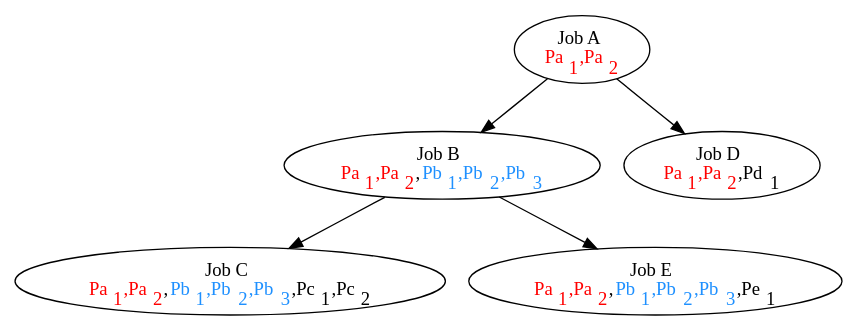
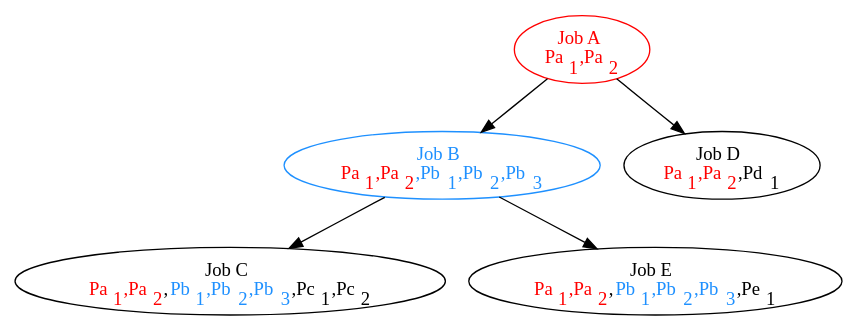
The third of 3 diagrams in docs/creating_pipelines/parameters.rst (Ensembl/ensembl-hive), drawn with Graphviz before and after one commit. The commit also changed other lines of this file, not shown here.

```diff
--- a/docs/creating_pipelines/parameters.rst
+++ b/docs/creating_pipelines/parameters.rst
@@ -270,13 +270,13 @@
 .. graphviz::
 
    digraph {
       A -> B;
       A -> D;
       B -> C;
       B -> E;
-      A [label=<Job A<br/><font color='red'>Pa<sub>1</sub>,Pa<sub>2</sub></font>>]
-      B [label=<Job B<br/><font color='red'>Pa<sub>1</sub>,Pa<sub>2</sub></font>,<font color='DodgerBlue'>Pb<sub>1</sub>,Pb<sub>2</sub>,Pb<sub>3</sub></font>>]
-      C [label=<Job C<br/><font color='red'>Pa<sub>1</sub>,Pa<sub>2</sub></font>,<font color='DodgerBlue'>Pb<sub>1</sub>,Pb<sub>2</sub>,Pb<sub>3</sub></font>,Pc<sub>1</sub>,Pc<sub>2</sub>>]
-      D [label=<Job D<br/><font color='red'>Pa<sub>1</sub>,Pa<sub>2</sub></font>,Pd<sub>1</sub>>]
-      E [label=<Job E<br/><font color='red'>Pa<sub>1</sub>,Pa<sub>2</sub></font>,<font color='DodgerBlue'>Pb<sub>1</sub>,Pb<sub>2</sub>,Pb<sub>3</sub></font>,Pe<sub>1</sub>>]
+      A [color="red", label=<<font color='red'>Job A<br/>Pa<sub>1</sub>,Pa<sub>2</sub></font>>];
+      B [color="DodgerBlue", label=<<font color='DodgerBlue'>Job B<br/><font color='red'>Pa<sub>1</sub>,Pa<sub>2</sub></font>,Pb<sub>1</sub>,Pb<sub>2</sub>,Pb<sub>3</sub></font>>];
+      C [label=<Job C<br/><font color='red'>Pa<sub>1</sub>,Pa<sub>2</sub></font>,<font color='DodgerBlue'>Pb<sub>1</sub>,Pb<sub>2</sub>,Pb<sub>3</sub></font>,Pc<sub>1</sub>,Pc<sub>2</sub>>];
+      D [label=<Job D<br/><font color='red'>Pa<sub>1</sub>,Pa<sub>2</sub></font>,Pd<sub>1</sub>>];
+      E [label=<Job E<br/><font color='red'>Pa<sub>1</sub>,Pa<sub>2</sub></font>,<font color='DodgerBlue'>Pb<sub>1</sub>,Pb<sub>2</sub>,Pb<sub>3</sub></font>,Pe<sub>1</sub>>];
    }
```
